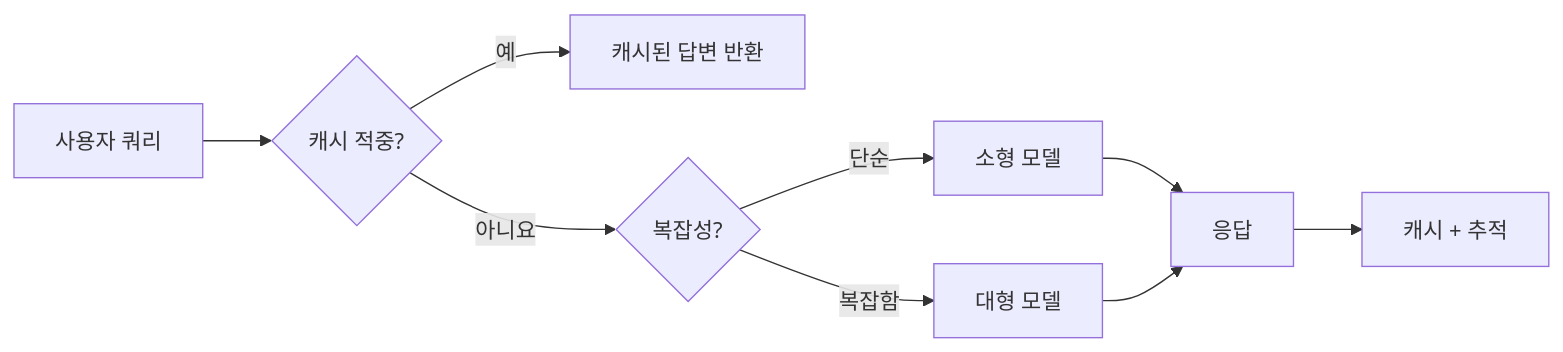
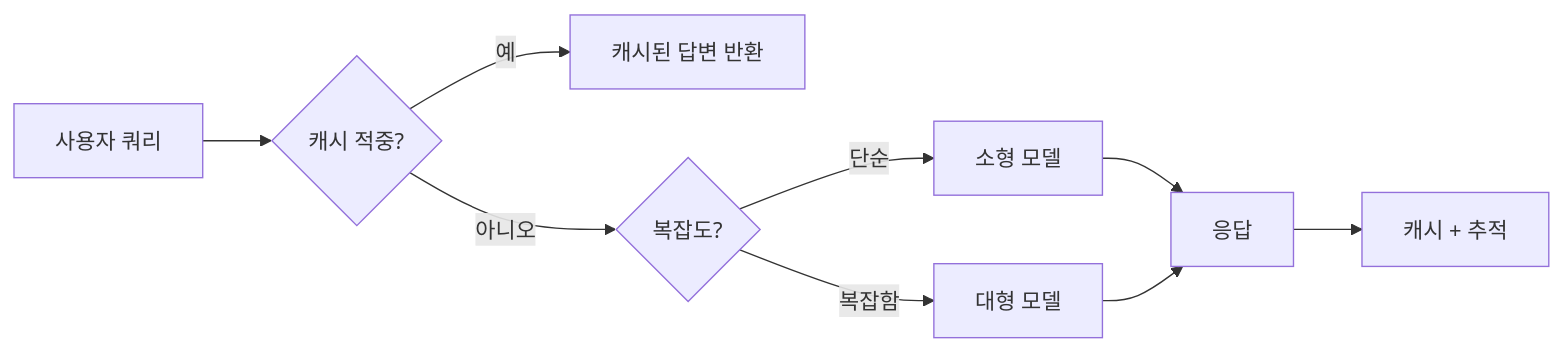
The third of 4 diagrams in mirrors/repos/microsoft@ai-agents-for-beginners/translations/ko/16-deploying-scalable-agents/README.md (gabrielmoreira/agent-skills-mirror), drawn with Mermaid before and after one commit. The commit also changed other lines of this file and 4262 other files, not shown here.

````diff
--- a/mirrors/repos/microsoft@ai-agents-for-beginners/translations/ko/16-deploying-scalable-agents/README.md
+++ b/mirrors/repos/microsoft@ai-agents-for-beginners/translations/ko/16-deploying-scalable-agents/README.md
@@ -134,11 +134,11 @@
 ```mermaid
 flowchart LR
     Q[사용자 쿼리] --> C{캐시 적중?}
     C -->|예| R[캐시된 답변 반환]
-    C -->|아니요| Router{복잡성?}
+    C -->|아니오| Router{복잡도?}
     Router -->|단순| SLM[소형 모델]
     Router -->|복잡함| LLM[대형 모델]
     SLM --> Out[응답]
     LLM --> Out
     Out --> Store[캐시 + 추적]
 ```
````
